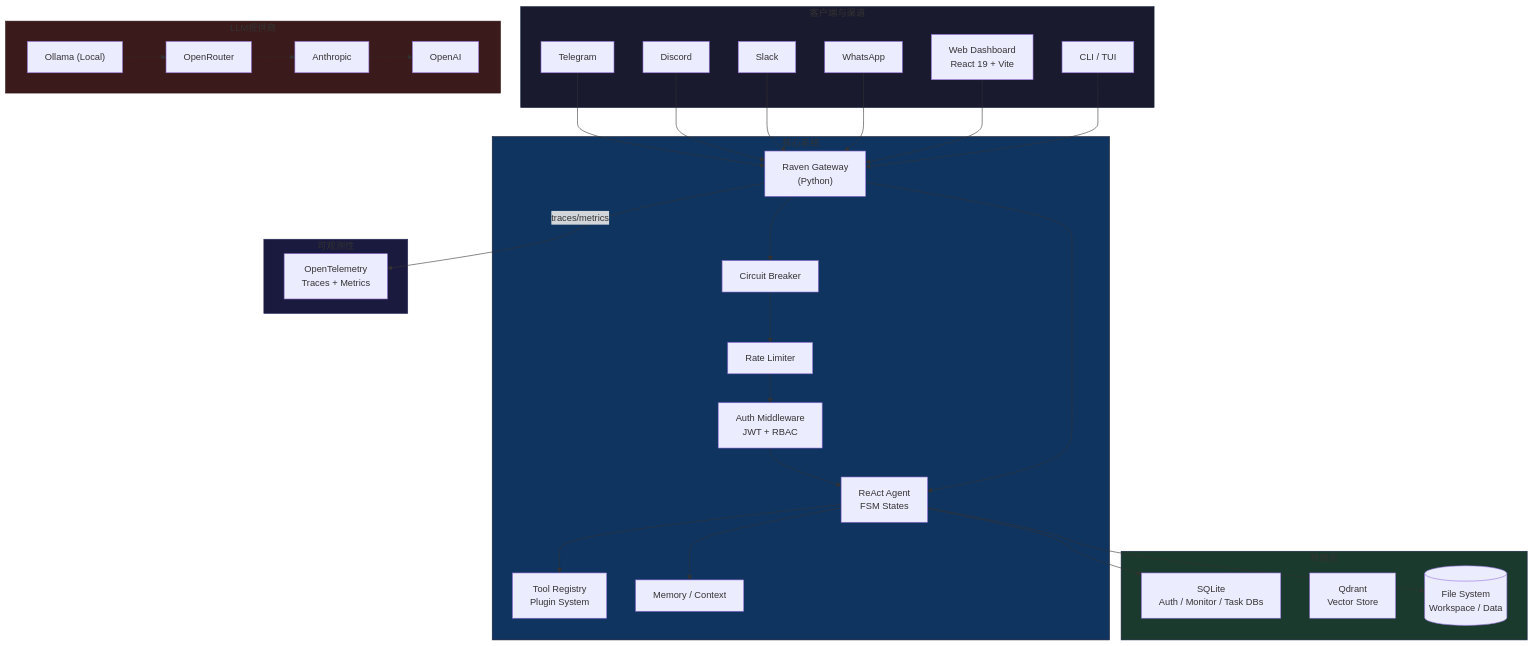
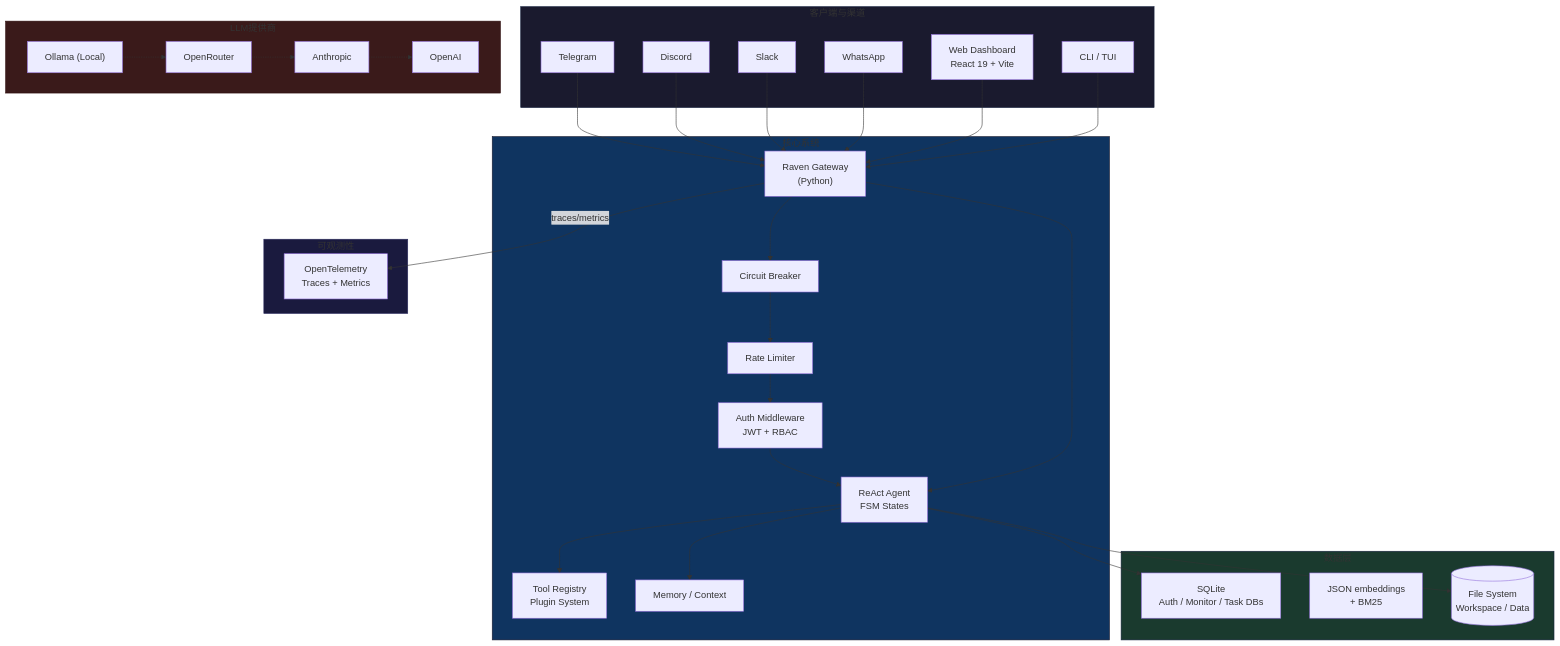
One commit to ssrjkk/raven changed the diagram in README.zh.md. Above: the diagram before and after it, drawn with Mermaid. The commit also changed other lines of this file and 19 other files, not shown here.

````diff
--- a/README.zh.md
+++ b/README.zh.md
@@ -268,69 +268,69 @@
 ```mermaid
 flowchart TB
     subgraph Clients["客户端与渠道"]
         TG[Telegram]
         DC[Discord]
         SL[Slack]
         WA[WhatsApp]
         WB[Web Dashboard\nReact 19 + Vite]
         CLI[CLI / TUI]
     end
 
     subgraph Core["核心系统"]
         GW["Raven Gateway\n(Python)"]
         AGENT["ReAct Agent\nFSM States"]
         TOOLS["Tool Registry\nPlugin System"]
         MEM["Memory / Context"]
         CB["Circuit Breaker"]
         RL["Rate Limiter"]
         AUTH["Auth Middleware\nJWT + RBAC"]
     end
 
     subgraph Observability["可观测性"]
         OTEL["OpenTelemetry\nTraces + Metrics"]
     end
 
     subgraph Storage["数据层"]
         SQLITE["SQLite\nAuth / Monitor / Task DBs"]
-        QDRANT["Qdrant\nVector Store"]
+        VSTORE["JSON embeddings\n+ BM25"]
         FS[(File System\nWorkspace / Data)]
     end
 
     subgraph LLM["LLM提供商"]
         OLLAMA["Ollama (Local)"]
         OR["OpenRouter"]
         ANTH["Anthropic"]
         OPENAI["OpenAI"]
     end
 
     TG --> GW
     DC --> GW
     SL --> GW
     WA --> GW
     WB --> GW
     CLI --> GW
 
     GW --> CB
     CB --> RL
     RL --> AUTH
 
     AUTH --> AGENT
     GW --> AGENT
     AGENT --> TOOLS
     AGENT --> MEM
 
     OLLAMA -.-> OR
     OR -.-> ANTH
     ANTH -.-> OPENAI
 
     GW -->|traces/metrics| OTEL
 
     AGENT --> SQLITE
     AGENT --> FS
 
     style Clients fill:#1a1a2e,stroke:#16213e
     style Core fill:#0f3460,stroke:#1a1a2e
     style Observability fill:#1a1a3e,stroke:#2a2a5e
     style Storage fill:#1a3a2e,stroke:#16213e
     style LLM fill:#3a1a1a,stroke:#2a0a0a
 ```
````
